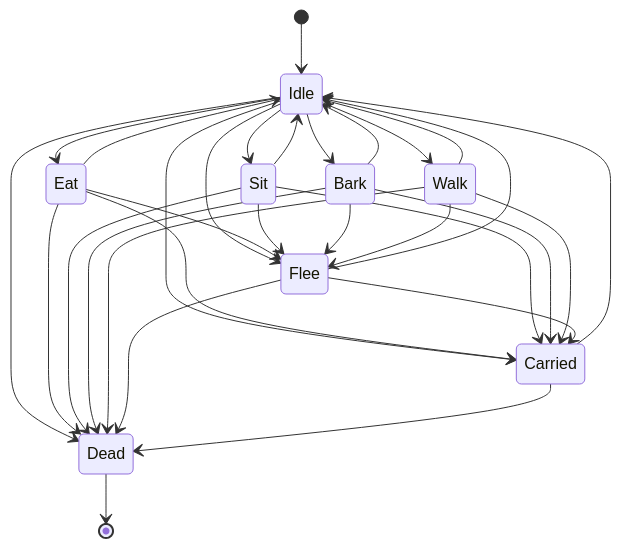
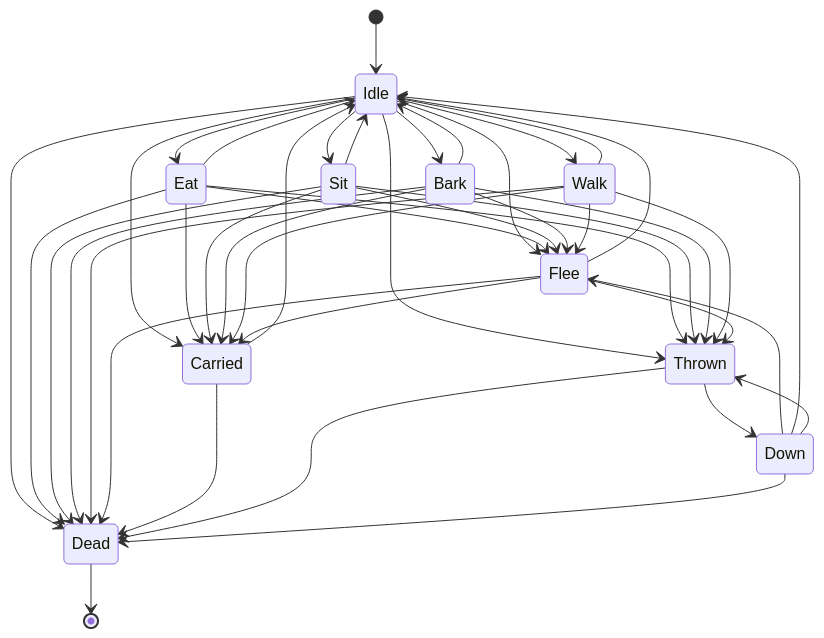
The first of 40 diagrams in docs/state-machines.md (Kobu-Labs/drycastle), drawn with Mermaid before and after one commit. The commit also changed other lines of this file and 11 other files, not shown here.

First line of the commit message:
Wildlife: vehicles run animals over (thrown ragdoll, knocked down, second hit kills); herd alarm leaves airborne members alone

````diff
--- a/docs/state-machines.md
+++ b/docs/state-machines.md
@@ -12,33 +12,45 @@
 ```mermaid
 stateDiagram-v2
     [*] --> Idle
     Idle --> Eat
     Idle --> Walk
     Idle --> Sit
     Idle --> Bark
     Idle --> Flee
     Idle --> Carried
+    Idle --> Thrown
     Idle --> Dead
     Eat --> Idle
     Eat --> Flee
     Eat --> Carried
+    Eat --> Thrown
     Eat --> Dead
     Sit --> Idle
     Sit --> Flee
     Sit --> Carried
+    Sit --> Thrown
     Sit --> Dead
     Bark --> Idle
     Bark --> Flee
     Bark --> Carried
+    Bark --> Thrown
     Bark --> Dead
     Walk --> Idle
     Walk --> Flee
     Walk --> Carried
+    Walk --> Thrown
     Walk --> Dead
     Flee --> Idle
     Flee --> Carried
+    Flee --> Thrown
     Flee --> Dead
     Carried --> Idle
     Carried --> Dead
+    Thrown --> Down
+    Thrown --> Dead
+    Down --> Flee
+    Down --> Idle
+    Down --> Thrown
+    Down --> Dead
     Dead --> [*]
 ```
````
